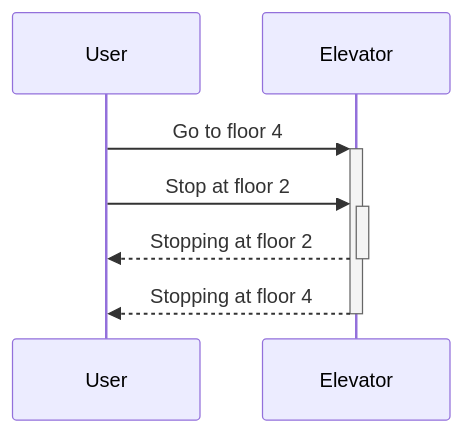
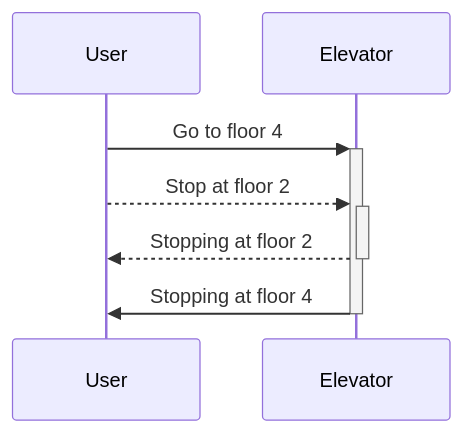
Before and after one commit to andreasnett/heislab: the second of 2 diagrams in mermaid.md, drawn with Mermaid.

Commit message:
format sequence to display main activity

````diff
--- a/mermaid.md
+++ b/mermaid.md
@@ -38,7 +38,7 @@
 ```mermaid
 sequenceDiagram
     User->>+Elevator: Go to floor 4
-    User->>+Elevator: Stop at floor 2
+    User-->>+Elevator: Stop at floor 2
     Elevator-->>-User: Stopping at floor 2
-    Elevator-->>-User: Stopping at floor 4
+    Elevator->>-User: Stopping at floor 4
 ```
````
